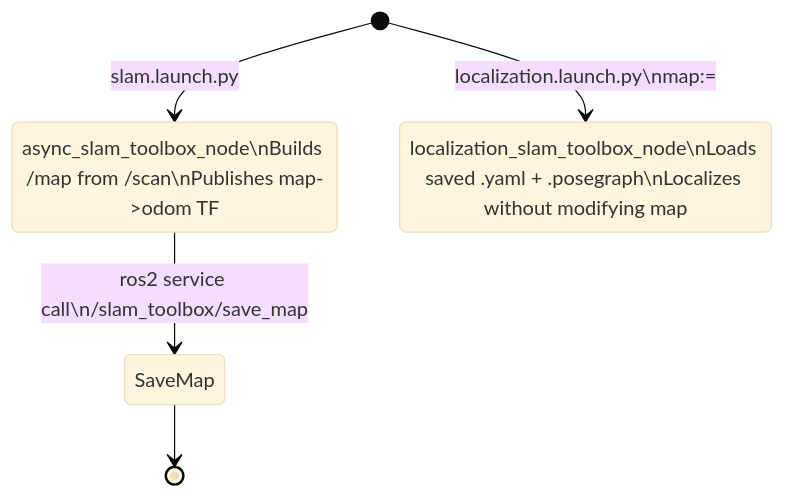
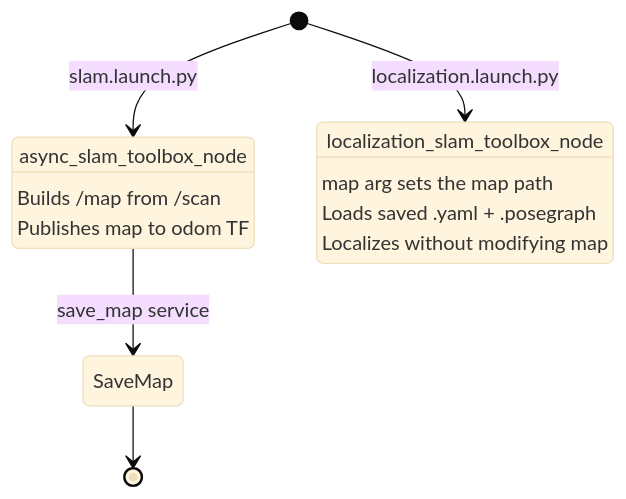
The fourth of 8 diagrams in ros2_ws/src/burgerbot/ARCHITECTURE.md (Aimene-D/burgerbot), drawn with Mermaid (base theme) before and after one commit.

Commit message:
fix: mermaid diagram

````diff
--- a/ros2_ws/src/burgerbot/ARCHITECTURE.md
+++ b/ros2_ws/src/burgerbot/ARCHITECTURE.md
@@ -110,11 +110,16 @@
 ```mermaid
 stateDiagram-v2
     [*] --> Mapping : slam.launch.py
-    Mapping : async_slam_toolbox_node\nBuilds /map from /scan\nPublishes map->odom TF
+    Mapping : async_slam_toolbox_node
+    Mapping : Builds /map from /scan
+    Mapping : Publishes map to odom TF
 
-    Mapping --> SaveMap : ros2 service call\n/slam_toolbox/save_map
+    Mapping --> SaveMap : save_map service
     SaveMap --> [*]
 
-    [*] --> Localization : localization.launch.py\nmap:=<path>
-    Localization : localization_slam_toolbox_node\nLoads saved .yaml + .posegraph\nLocalizes without modifying map
+    [*] --> Localization : localization.launch.py
+    Localization : localization_slam_toolbox_node
+    Localization : map arg sets the map path
+    Localization : Loads saved .yaml + .posegraph
+    Localization : Localizes without modifying map
 ```
````
